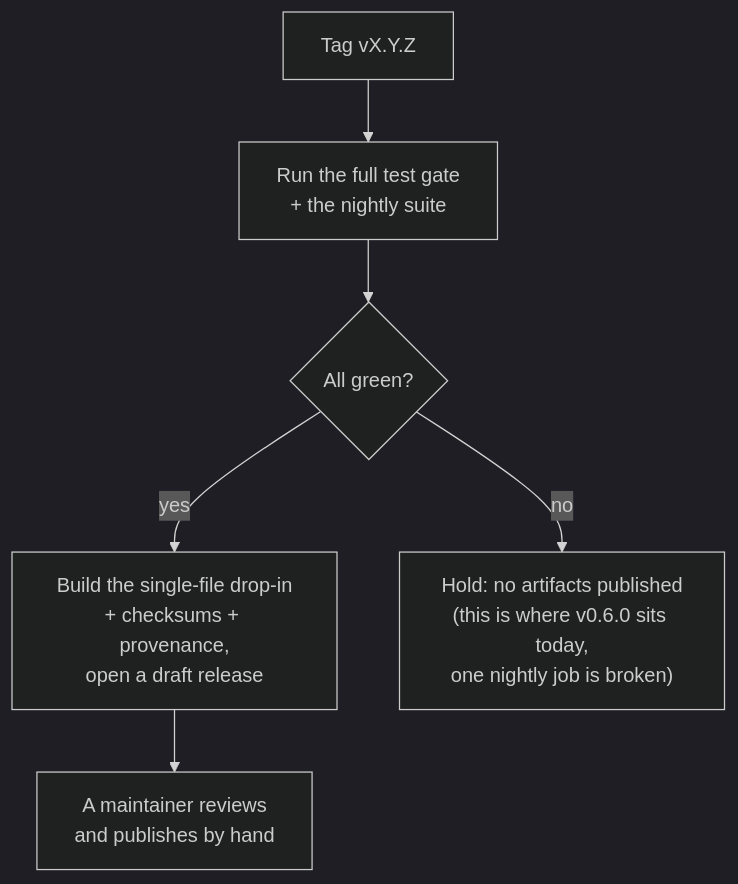
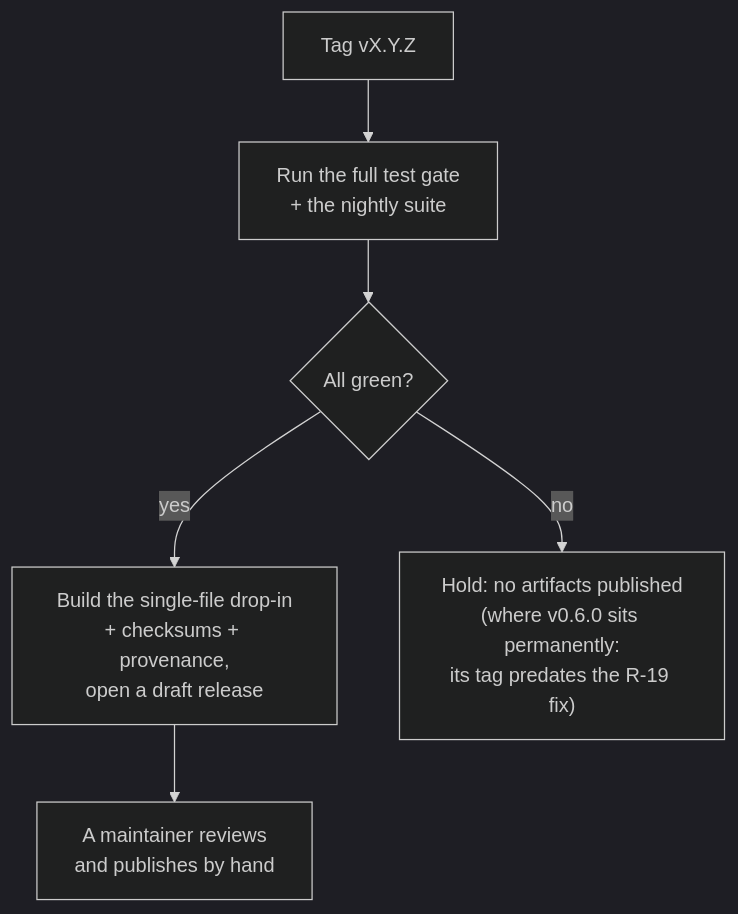
The diagram in docs/releases/README.md (div0rce/quiver), drawn with Mermaid (dark theme) before and after one commit. The commit also changed other lines of this file and 3 other files, not shown here.

````diff
--- a/docs/releases/README.md
+++ b/docs/releases/README.md
@@ -11,8 +11,8 @@
 ```mermaid
 flowchart TD
   T["Tag vX.Y.Z"] --> CI["Run the full test gate<br/>+ the nightly suite"]
   CI --> OK{"All green?"}
   OK -->|yes| PUB["Build the single-file drop-in<br/>+ checksums + provenance,<br/>open a draft release"]
-  OK -->|no| HOLD["Hold: no artifacts published<br/>(this is where v0.6.0 sits today,<br/>one nightly job is broken)"]
+  OK -->|no| HOLD["Hold: no artifacts published<br/>(where v0.6.0 sits permanently:<br/>its tag predates the R-19 fix)"]
   PUB --> MAN["A maintainer reviews<br/>and publishes by hand"]
 ```
````
